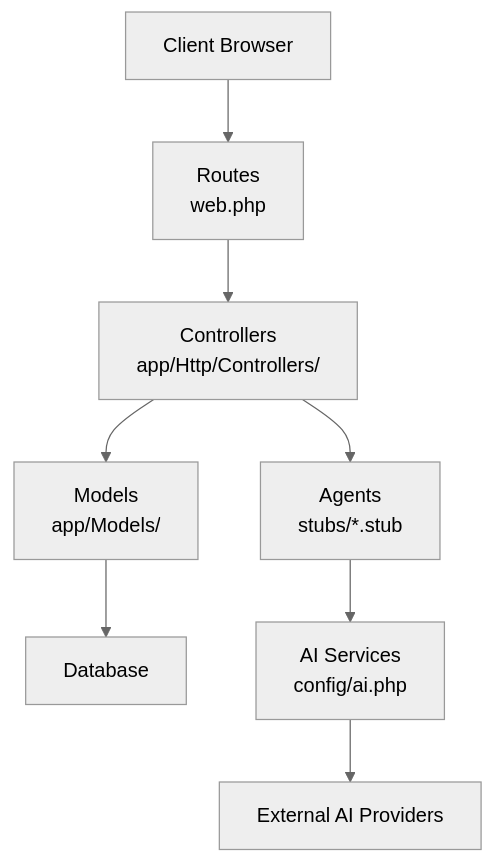
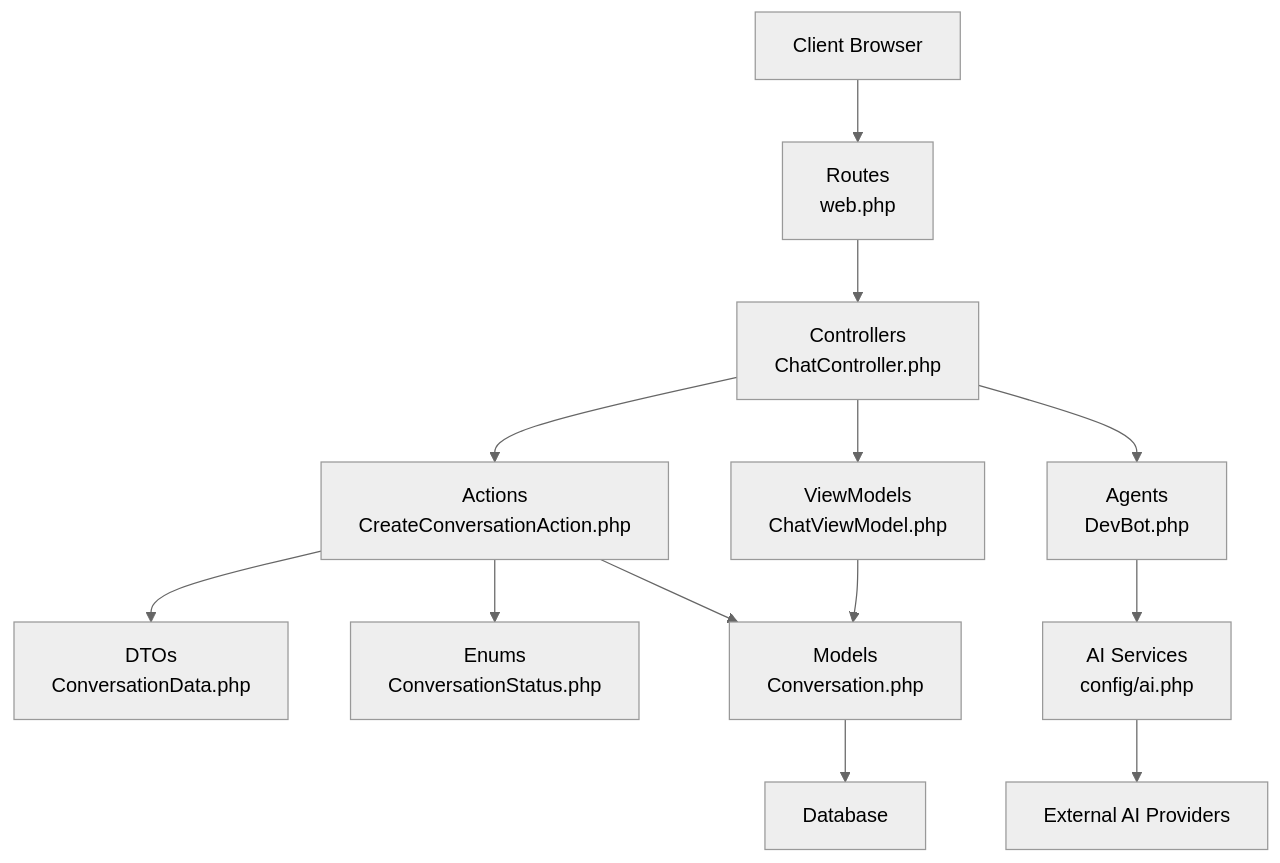
One commit to siimliimand/laravel-assistant changed the seventh of 12 diagrams in .qoder/repowiki/en/content/Architecture Overview/Architecture Overview.md. Above: the diagram before and after it, drawn with Mermaid (neutral theme). The commit also changed other lines of this file and 12 other files, not shown here.

First line of the commit message:
docs(ai): add architectural and actions layer specifications

````diff
--- a/.qoder/repowiki/en/content/Architecture Overview/Architecture Overview.md
+++ b/.qoder/repowiki/en/content/Architecture Overview/Architecture Overview.md
@@ -128,18 +423,27 @@
 ```mermaid
 graph TB
 Client["Client Browser"]
 Route["Routes<br/>web.php"]
-Ctrl["Controllers<br/>app/Http/Controllers/"]
-Model["Models<br/>app/Models/"]
+Ctrl["Controllers<br/>ChatController.php"]
+Actions["Actions<br/>CreateConversationAction.php"]
+DTOs["DTOs<br/>ConversationData.php"]
+Enums["Enums<br/>ConversationStatus.php"]
+ViewModels["ViewModels<br/>ChatViewModel.php"]
+Models["Models<br/>Conversation.php"]
 DB["Database"]
-Agent["Agents<br/>stubs/*.stub"]
+Agent["Agents<br/>DevBot.php"]
 AISvc["AI Services<br/>config/ai.php"]
 Providers["External AI Providers"]
 Client --> Route
 Route --> Ctrl
-Ctrl --> Model
-Model --> DB
+Ctrl --> Actions
+Actions --> DTOs
+Actions --> Enums
+Actions --> Models
+Ctrl --> ViewModels
+ViewModels --> Models
+Models --> DB
 Ctrl --> Agent
 Agent --> AISvc
 AISvc --> Providers
 ```
````
